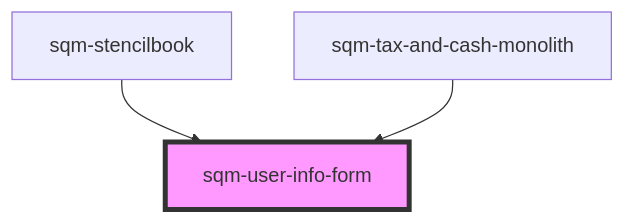
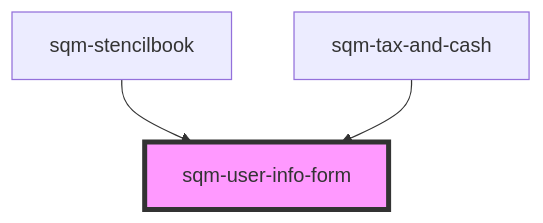
Before and after one commit to saasquatch/program-tools: the diagram in packages/mint-components/src/components/tax-and-cash/sqm-user-info-form/readme.md, drawn with Mermaid. The commit also changed other lines of this file and 21 other files, not shown here.

````diff
--- a/packages/mint-components/src/components/tax-and-cash/sqm-user-info-form/readme.md
+++ b/packages/mint-components/src/components/tax-and-cash/sqm-user-info-form/readme.md
@@ -47,6 +47,6 @@
 ```mermaid
 graph TD;
   sqm-stencilbook --> sqm-user-info-form
-  sqm-tax-and-cash-monolith --> sqm-user-info-form
+  sqm-tax-and-cash --> sqm-user-info-form
   style sqm-user-info-form fill:#f9f,stroke:#333,stroke-width:4px
 ```
````
